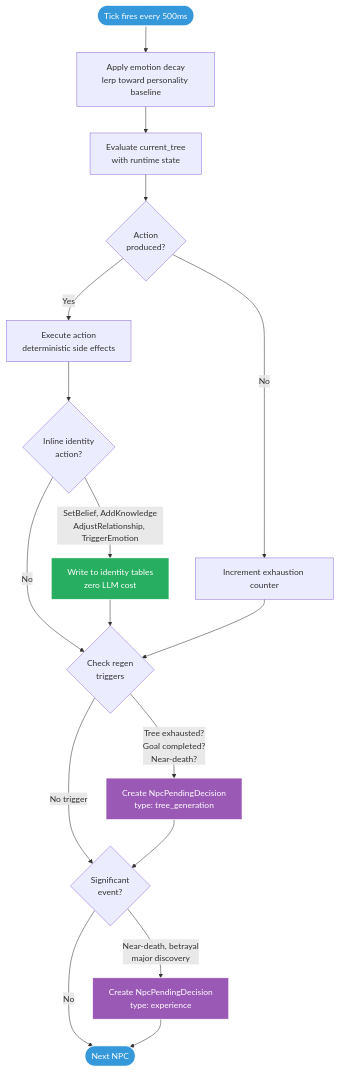
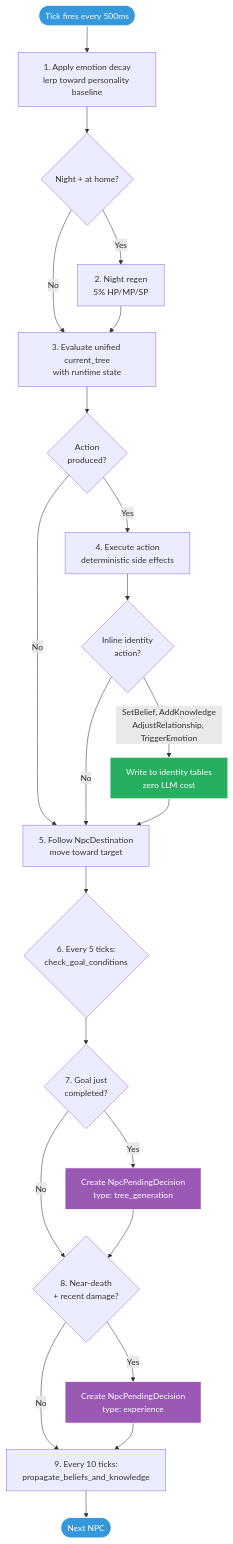
The first of 2 diagrams in docs/diagrams/npc-tick.md (devteapot/slop-art-online), drawn with Mermaid before and after one commit. The commit also changed other lines of this file and 33 other files, not shown here.

````diff
--- a/docs/diagrams/npc-tick.md
+++ b/docs/diagrams/npc-tick.md
@@ -7,30 +7,36 @@
 ```mermaid
 flowchart TD
-    Start([Tick fires every 500ms]) --> Decay[Apply emotion decay<br/>lerp toward personality baseline]
-    Decay --> Eval[Evaluate current_tree<br/>with runtime state]
+    Start([Tick fires every 500ms]) --> Decay[1. Apply emotion decay<br/>lerp toward personality baseline]
+    Decay --> NightRegen{Night + at home?}
+    NightRegen -->|Yes| Regen2[2. Night regen<br/>5% HP/MP/SP]
+    NightRegen -->|No| Eval
+    Regen2 --> Eval[3. Evaluate unified current_tree<br/>with runtime state]
     Eval --> Action{Action<br/>produced?}
 
-    Action -->|Yes| Exec[Execute action<br/>deterministic side effects]
-    Action -->|No| Exhaust[Increment exhaustion counter]
+    Action -->|Yes| Exec[4. Execute action<br/>deterministic side effects]
+    Action -->|No| FollowDest
 
     Exec --> InlineID{Inline identity<br/>action?}
     InlineID -->|SetBelief, AddKnowledge<br/>AdjustRelationship, TriggerEmotion| UpdateID[Write to identity tables<br/>zero LLM cost]
-    InlineID -->|No| RegenCheck
+    InlineID -->|No| FollowDest
 
-    UpdateID --> RegenCheck{Check regen<br/>triggers}
-    Exhaust --> RegenCheck
+    UpdateID --> FollowDest[5. Follow NpcDestination<br/>move toward target]
+    FollowDest --> GoalCheck{6. Every 5 ticks:<br/>check_goal_conditions}
 
-    RegenCheck -->|Tree exhausted?<br/>Goal completed?<br/>Near-death?| Regen[Create NpcPendingDecision<br/>type: tree_generation]
-    RegenCheck -->|No trigger| SigCheck
+    GoalCheck --> RegenCheck{7. Goal just<br/>completed?}
+    RegenCheck -->|Yes| TreeRegen[Create NpcPendingDecision<br/>type: tree_generation]
+    RegenCheck -->|No| NearDeath
 
-    Regen --> SigCheck{Significant<br/>event?}
-    SigCheck -->|Near-death, betrayal<br/>major discovery| ExpEval[Create NpcPendingDecision<br/>type: experience]
-    SigCheck -->|No| Done([Next NPC])
-    ExpEval --> Done
+    TreeRegen --> NearDeath{8. Near-death<br/>+ recent damage?}
+    NearDeath -->|Yes| ExpEval[Create NpcPendingDecision<br/>type: experience]
+    NearDeath -->|No| Propagate
+
+    ExpEval --> Propagate[9. Every 10 ticks:<br/>propagate_beliefs_and_knowledge]
+    Propagate --> Done([Next NPC])
 
     style Start fill:#3498db,stroke:#fff,color:#fff
     style Done fill:#3498db,stroke:#fff,color:#fff
-    style Regen fill:#9b59b6,stroke:#fff,color:#fff
+    style TreeRegen fill:#9b59b6,stroke:#fff,color:#fff
     style ExpEval fill:#9b59b6,stroke:#fff,color:#fff
     style UpdateID fill:#27ae60,stroke:#fff,color:#fff
 ```
````
